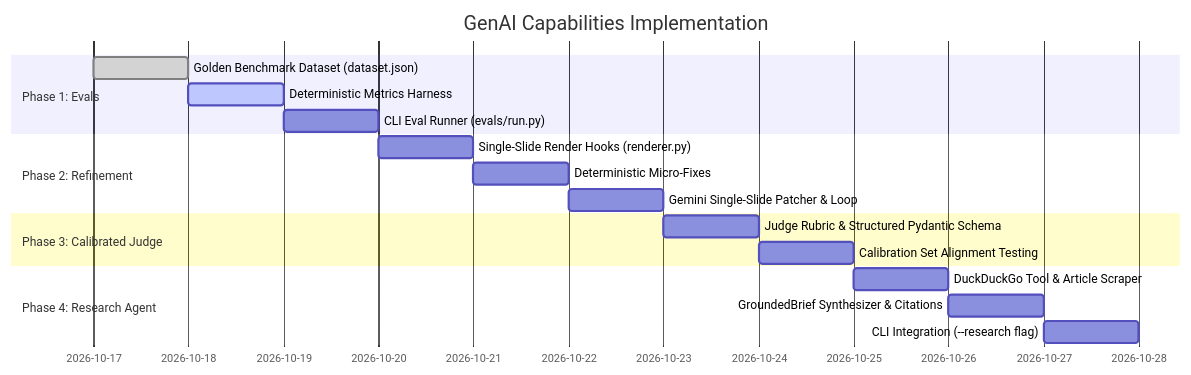
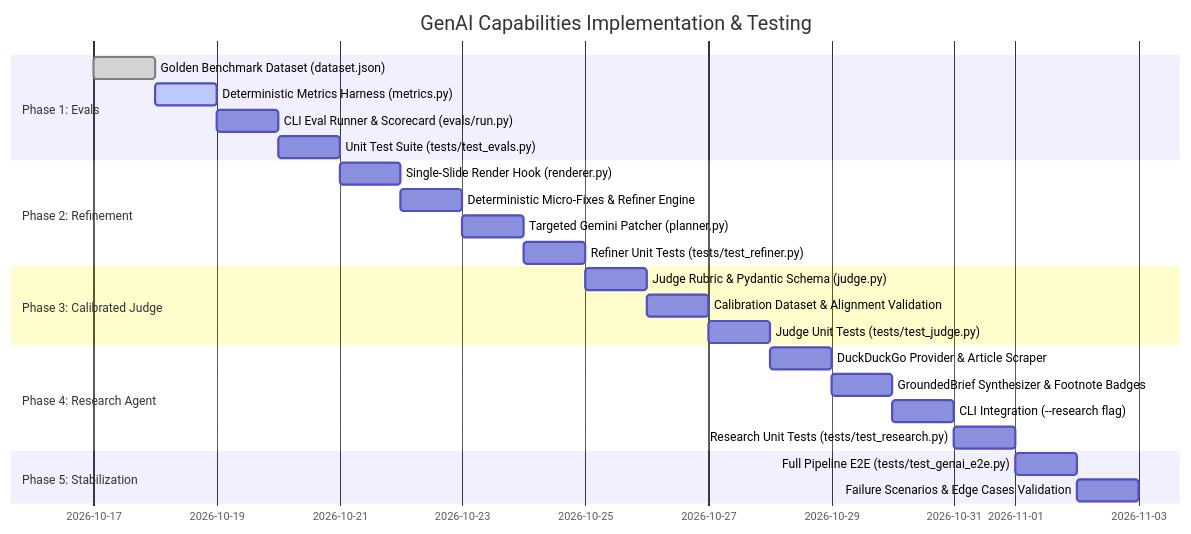
One commit to vedant-asati/ai-ppt-maker changed the fifth of 6 diagrams in docs/plans/features/genai_extensions_plan.md. Above: the diagram before and after it, drawn with Mermaid. The commit also changed other lines of this file, not shown here.

Commit message:
docs: integrate testing strategy and Phase 5 into plan execution details

````diff
--- a/docs/plans/features/genai_extensions_plan.md
+++ b/docs/plans/features/genai_extensions_plan.md
@@ -296,20 +296,27 @@
 ```mermaid
 gantt
-    title GenAI Capabilities Implementation
+    title GenAI Capabilities Implementation & Testing
     dateFormat  YYYY-MM-DD
     section Phase 1: Evals
-    Golden Benchmark Dataset (dataset.json)  :done,    m1, 2026-10-17, 1d
-    Deterministic Metrics Harness            :active,  m2, after m1, 1d
-    CLI Eval Runner (evals/run.py)           :         m3, after m2, 1d
+    Golden Benchmark Dataset (dataset.json)     :done,    m1, 2026-10-17, 1d
+    Deterministic Metrics Harness (metrics.py)  :active,  m2, after m1, 1d
+    CLI Eval Runner & Scorecard (evals/run.py)  :         m3, after m2, 1d
+    Unit Test Suite (tests/test_evals.py)       :         m4, after m3, 1d
     section Phase 2: Refinement
-    Single-Slide Render Hooks (renderer.py)  :         m4, after m3, 1d
-    Deterministic Micro-Fixes                :         m5, after m4, 1d
-    Gemini Single-Slide Patcher & Loop       :         m6, after m5, 1d
+    Single-Slide Render Hook (renderer.py)      :         m5, after m4, 1d
+    Deterministic Micro-Fixes & Refiner Engine  :         m6, after m5, 1d
+    Targeted Gemini Patcher (planner.py)        :         m7, after m6, 1d
+    Refiner Unit Tests (tests/test_refiner.py)  :         m8, after m7, 1d
     section Phase 3: Calibrated Judge
-    Judge Rubric & Structured Pydantic Schema:         m7, after m6, 1d
-    Calibration Set Alignment Testing        :         m8, after m7, 1d
+    Judge Rubric & Pydantic Schema (judge.py)   :         m9, after m8, 1d
+    Calibration Dataset & Alignment Validation  :         m10, after m9, 1d
+    Judge Unit Tests (tests/test_judge.py)      :         m11, after m10, 1d
     section Phase 4: Research Agent
-    DuckDuckGo Tool & Article Scraper        :         m9, after m8, 1d
-    GroundedBrief Synthesizer & Citations    :         m10, after m9, 1d
-    CLI Integration (--research flag)        :         m11, after m10, 1d
+    DuckDuckGo Provider & Article Scraper       :         m12, after m11, 1d
+    GroundedBrief Synthesizer & Footnote Badges :         m13, after m12, 1d
+    CLI Integration (--research flag)           :         m14, after m13, 1d
+    Research Unit Tests (tests/test_research.py):         m15, after m14, 1d
+    section Phase 5: Stabilization
+    Full Pipeline E2E (tests/test_genai_e2e.py) :         m16, after m15, 1d
+    Failure Scenarios & Edge Cases Validation   :         m17, after m16, 1d
 ```
````
